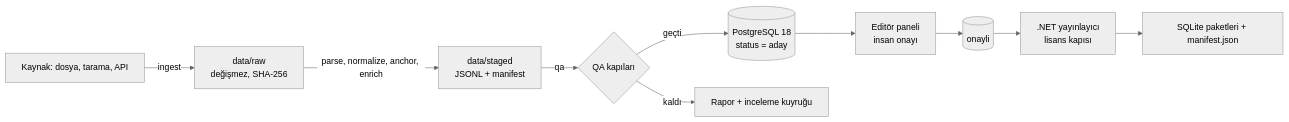
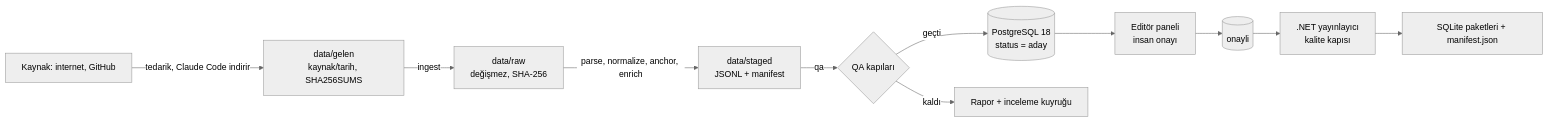
One commit to karasaid379-hue/mutalaa changed the diagram in docs/04-icerik/02-icerik-hatti.md. Above: the diagram before and after it, drawn with Mermaid (neutral theme). The commit also changed other lines of this file and 7 other files, not shown here.

````diff
--- a/docs/04-icerik/02-icerik-hatti.md
+++ b/docs/04-icerik/02-icerik-hatti.md
@@ -9,12 +9,13 @@
 ```mermaid
 flowchart LR
-  K[Kaynak: dosya, tarama, API] -->|ingest| R[data/raw<br/>değişmez, SHA-256]
+  K[Kaynak: internet, GitHub] -->|tedarik, Claude Code indirir| G[data/gelen<br/>kaynak/tarih, SHA256SUMS]
+  G -->|ingest| R[data/raw<br/>değişmez, SHA-256]
   R -->|parse, normalize, anchor, enrich| S[data/staged<br/>JSONL + manifest]
   S -->|qa| Q{QA kapıları}
   Q -- geçti --> P[(PostgreSQL 18<br/>status = aday)]
   Q -- kaldı --> X[Rapor + inceleme kuyruğu]
   P --> E[Editör paneli<br/>insan onayı]
   E --> P2[(onayli)]
-  P2 --> Y[.NET yayınlayıcı<br/>lisans kapısı]
+  P2 --> Y[.NET yayınlayıcı<br/>kalite kapısı]
   Y --> Z[SQLite paketleri + manifest.json]
 ```
````
